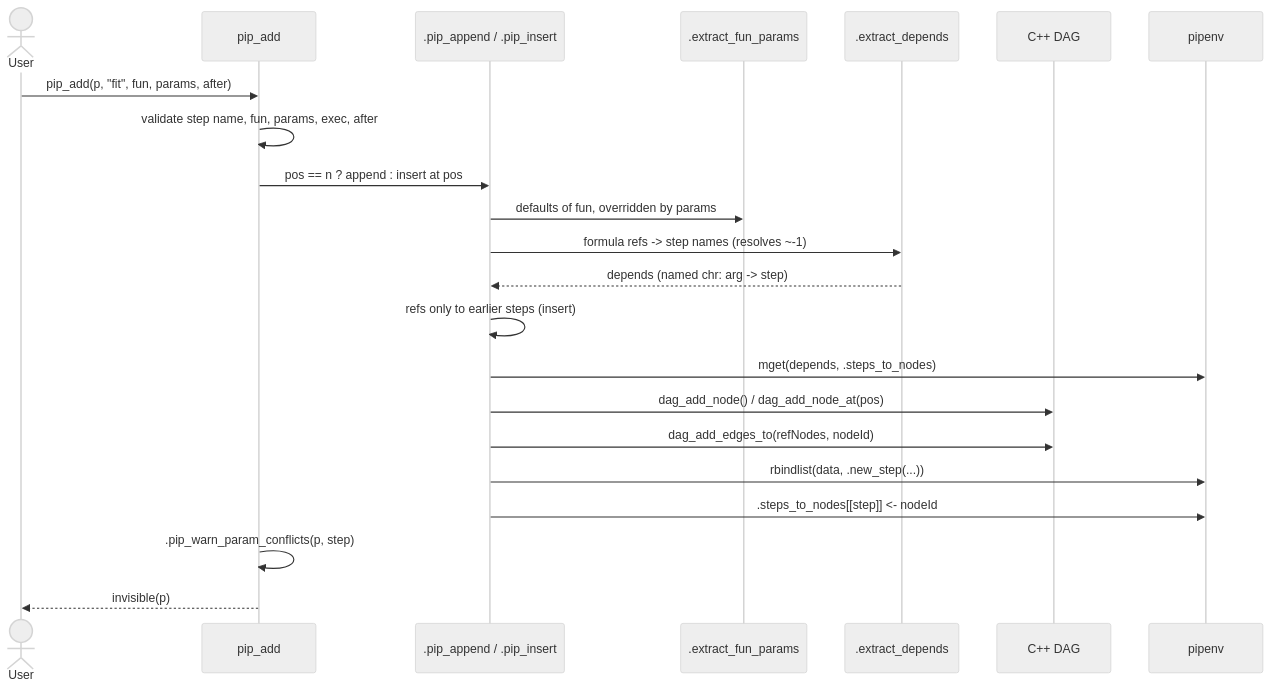
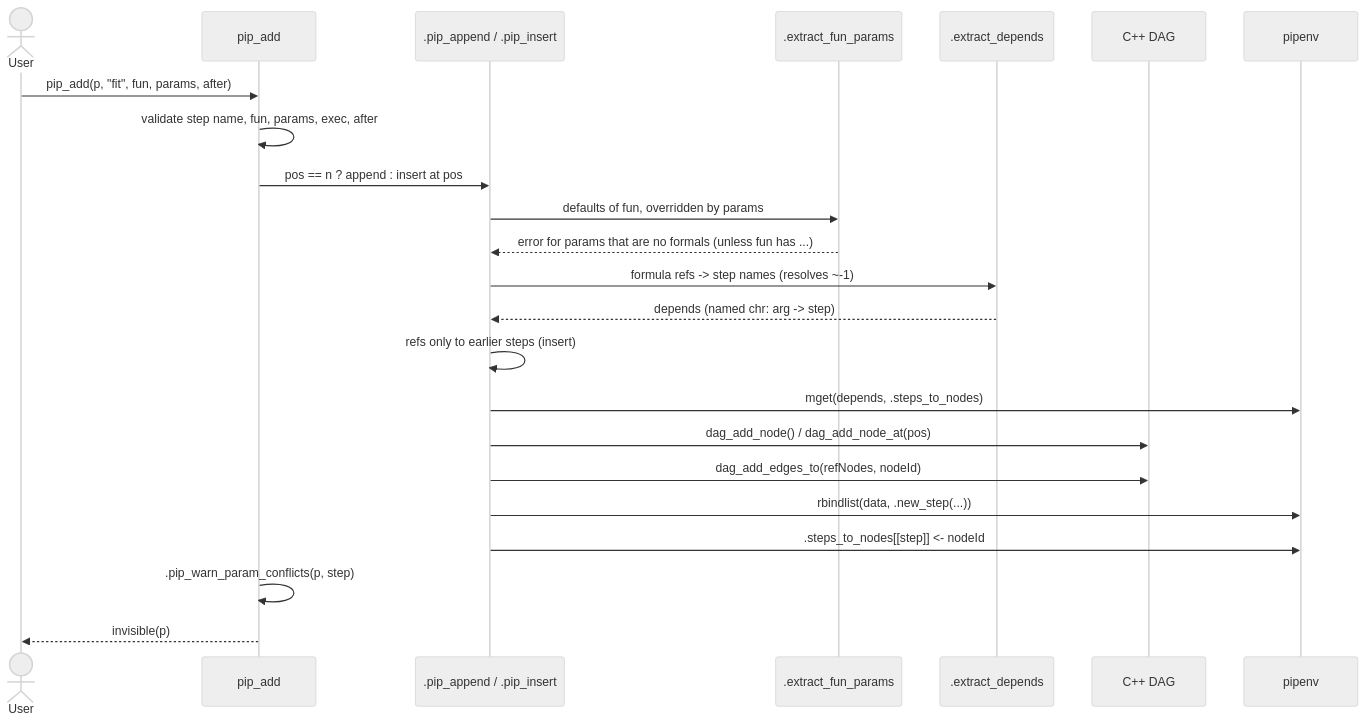
The fourth of 8 diagrams in dev/pipeflow.md (rpahl/pipeflow), drawn with Mermaid (neutral theme) before and after one commit. The commit also changed other lines of this file and 1 other file, not shown here.

Commit message:
docs: update AGENTS.md and pipeflow.md to clarify parameter handling and architecture rules

````diff
--- a/dev/pipeflow.md
+++ b/dev/pipeflow.md
@@ -309,25 +309,26 @@
 ```mermaid
 sequenceDiagram
     actor U as User
     participant A as pip_add
     participant I as .pip_append / .pip_insert
     participant P as .extract_fun_params
     participant D as .extract_depends
     participant G as C++ DAG
     participant E as pipenv
 
     U->>A: pip_add(p, "fit", fun, params, after)
     A->>A: validate step name, fun, params, exec, after
     A->>I: pos == n ? append : insert at pos
     I->>P: defaults of fun, overridden by params
+    P-->>I: error for params that are no formals (unless fun has ...)
     I->>D: formula refs -> step names (resolves ~-1)
     D-->>I: depends (named chr: arg -> step)
     I->>I: refs only to earlier steps (insert)
     I->>E: mget(depends, .steps_to_nodes)
     I->>G: dag_add_node() / dag_add_node_at(pos)
     I->>G: dag_add_edges_to(refNodes, nodeId)
     I->>E: rbindlist(data, .new_step(...))
     I->>E: .steps_to_nodes[[step]] <- nodeId
     A->>A: .pip_warn_param_conflicts(p, step)
     A-->>U: invisible(p)
 ```
````
